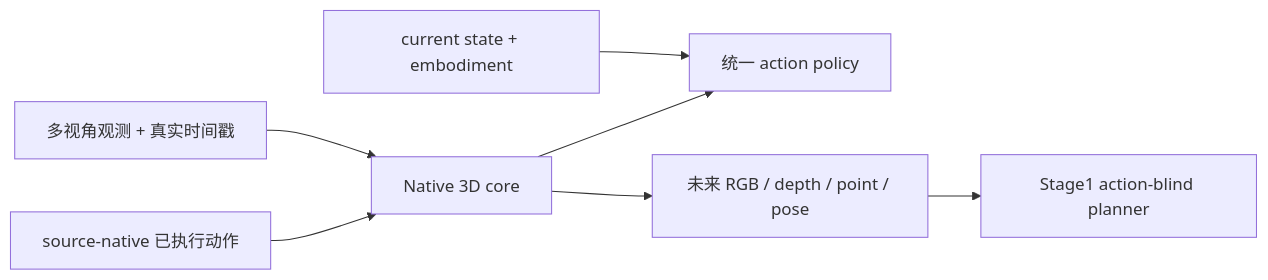
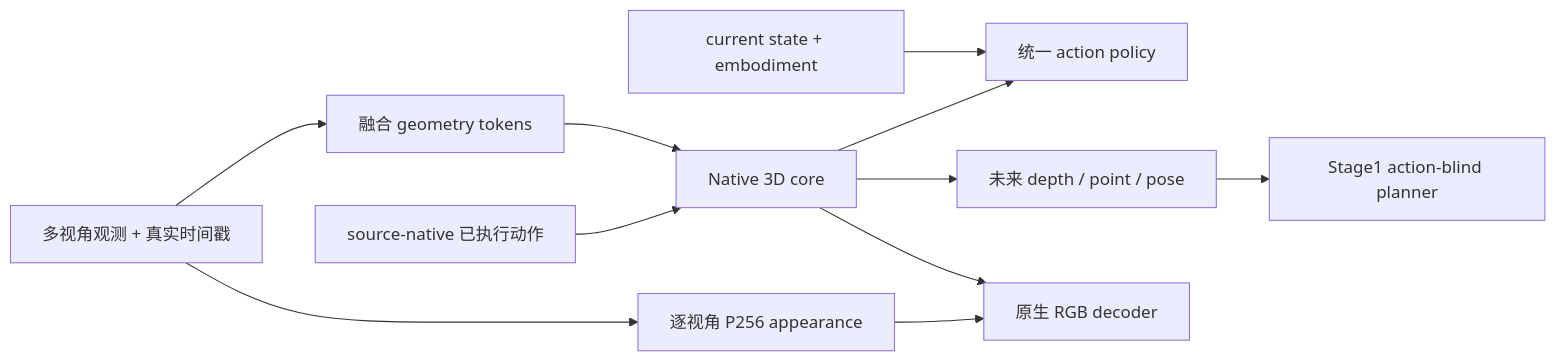
One commit to wxqnl/world_model changed the diagram in wm3d/README.md. Above: the diagram before and after it, drawn with Mermaid. The commit also changed other lines of this file and 21 other files, not shown here.

````diff
--- a/wm3d/README.md
+++ b/wm3d/README.md
@@ -8,9 +8,13 @@
 ```mermaid
 flowchart LR
-  O["多视角观测 + 真实时间戳"] --> C["Native 3D core"]
+  O["多视角观测 + 真实时间戳"] --> G["融合 geometry tokens"]
+  O --> V["逐视角 P256 appearance"]
+  G --> C["Native 3D core"]
   A["source-native 已执行动作"] --> C
   S["current state + embodiment"] --> H["统一 action policy"]
-  C --> W["未来 RGB / depth / point / pose"]
+  C --> W["未来 depth / point / pose"]
+  C --> R["原生 RGB decoder"]
+  V --> R
   C --> H
   W --> P["Stage1 action-blind planner"]
 ```
````
